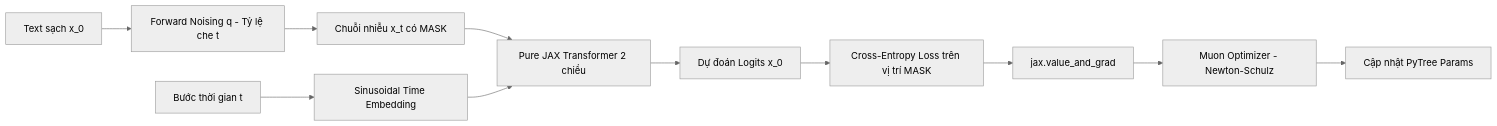
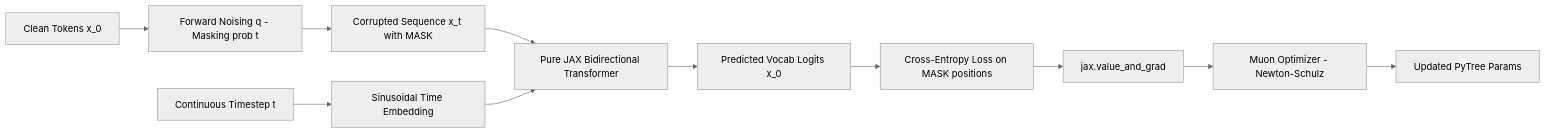
The first of 2 diagrams in README.md (tuandung222/jax-diffusion-lm), drawn with Mermaid (neutral theme) before and after one commit. The commit also changed other lines of this file and 8 other files, not shown here.

````diff
--- a/README.md
+++ b/README.md
@@ -17,13 +17,13 @@
 ```mermaid
 flowchart LR
-    Clean[Text sạch x_0] --> Forward[Forward Noising q - Tỷ lệ che t]
-    Forward --> Corrupted[Chuỗi nhiễu x_t có MASK]
-    Corrupted --> Transformer[Pure JAX Transformer 2 chiều]
-    TimeStep[Bước thời gian t] --> Sinusoidal[Sinusoidal Time Embedding]
+    Clean[Clean Tokens x_0] --> Forward[Forward Noising q - Masking prob t]
+    Forward --> Corrupted[Corrupted Sequence x_t with MASK]
+    Corrupted --> Transformer[Pure JAX Bidirectional Transformer]
+    TimeStep[Continuous Timestep t] --> Sinusoidal[Sinusoidal Time Embedding]
     Sinusoidal --> Transformer
-    Transformer --> Logits[Dự đoán Logits x_0]
-    Logits --> Loss[Cross-Entropy Loss trên vị trí MASK]
+    Transformer --> Logits[Predicted Vocab Logits x_0]
+    Logits --> Loss[Cross-Entropy Loss on MASK positions]
     Loss --> AutoGrad[jax.value_and_grad]
     AutoGrad --> MuonOpt[Muon Optimizer - Newton-Schulz]
-    MuonOpt --> Update[Cập nhật PyTree Params]
+    MuonOpt --> Update[Updated PyTree Params]
 ```
````
